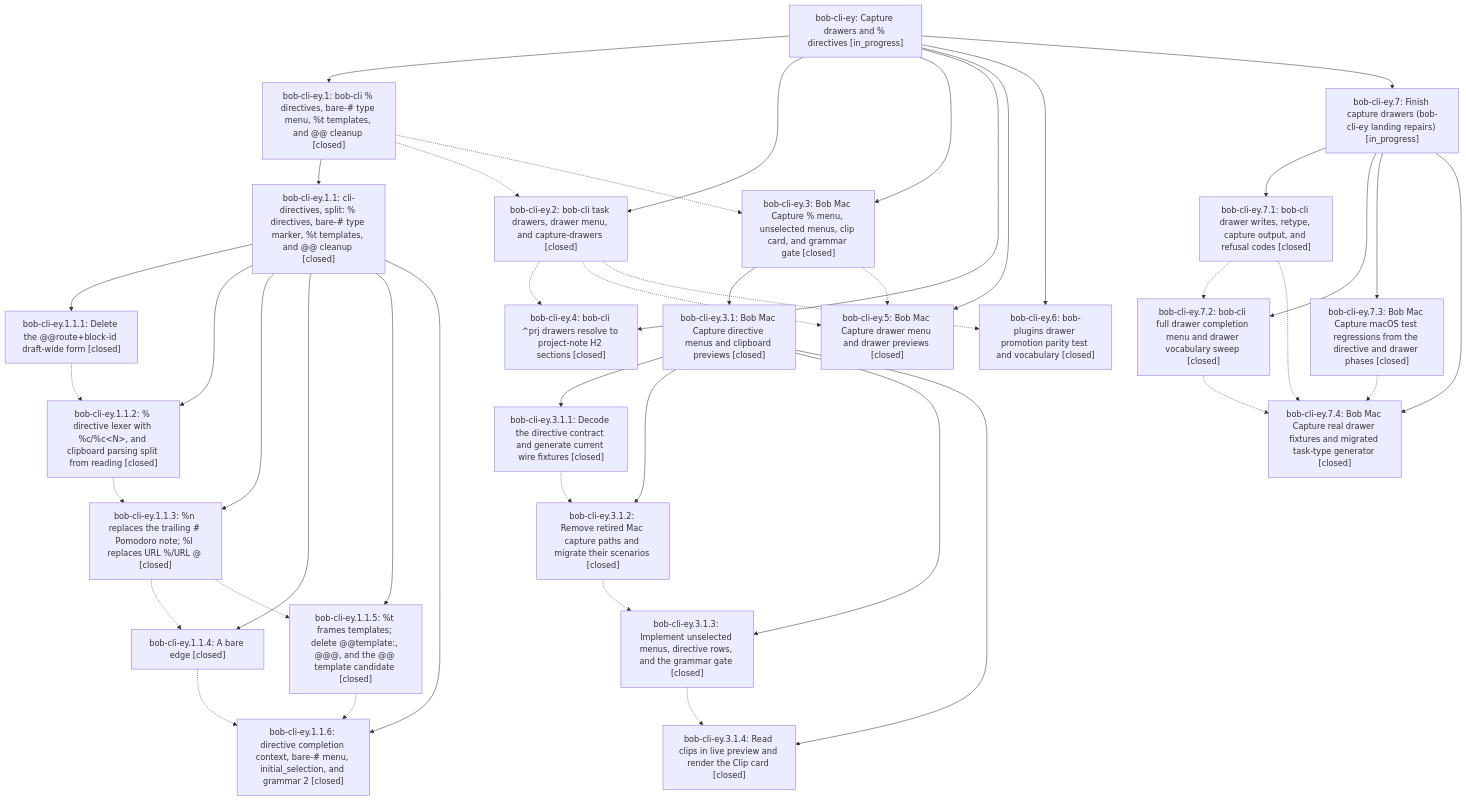
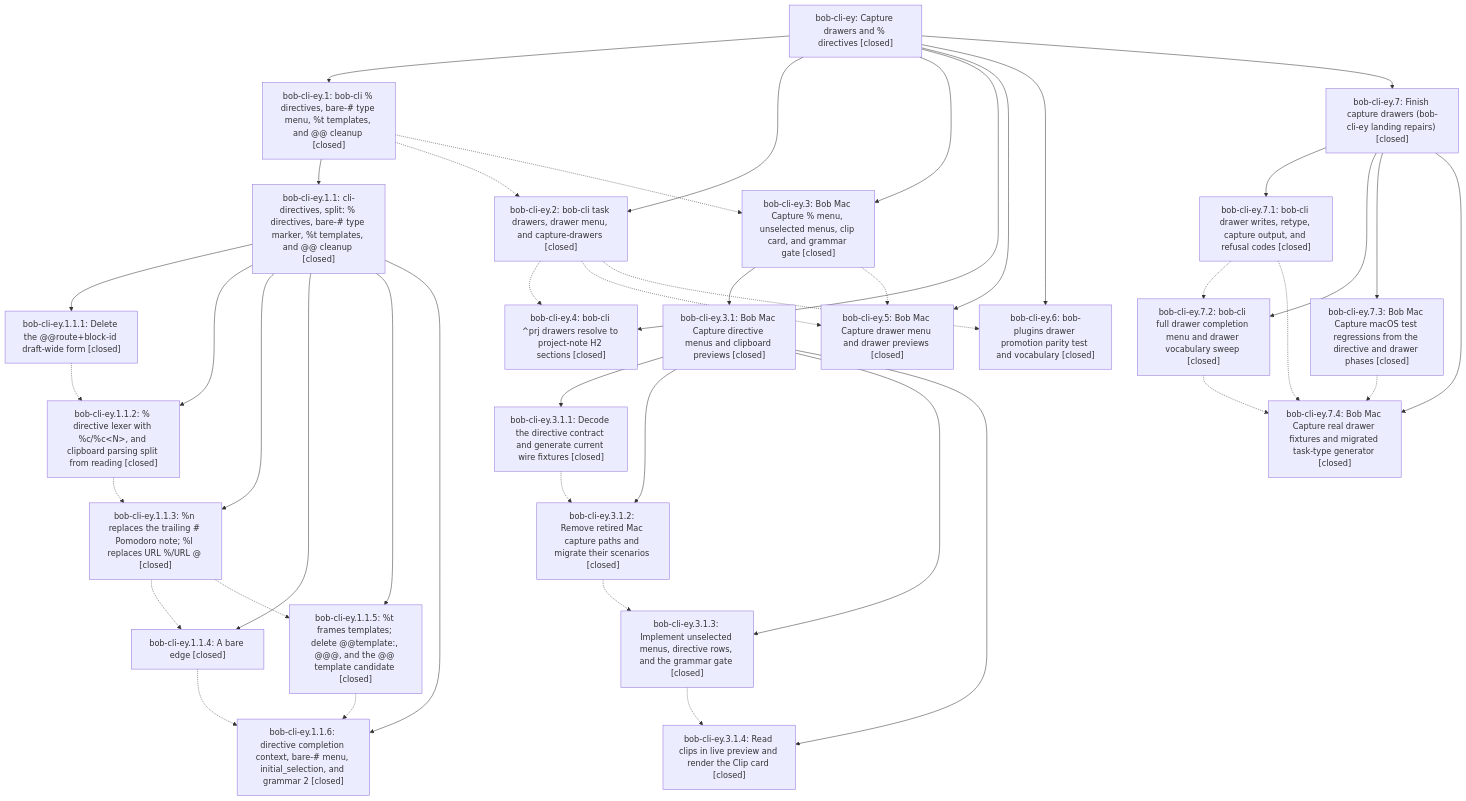
Before and after one commit to bobs-org/bob-cli--beads: the diagram in pages/bob-cli-ey/README.md, drawn with Mermaid. The commit also changed other lines of this file and 3 other files, not shown here.

First line of the commit message:
chore(beads): sync bead state and pages for bob-cli-ey

````diff
--- a/pages/bob-cli-ey/README.md
+++ b/pages/bob-cli-ey/README.md
@@ -47,69 +49,69 @@
 ```mermaid
 flowchart TD
-    n0["bob-cli-ey: Capture drawers and % directives [in_progress]"]
+    n0["bob-cli-ey: Capture drawers and % directives [closed]"]
     n1["bob-cli-ey.1: bob-cli % directives, bare-# type menu, %t templates, and @@ cleanup [closed]"]
     n2["bob-cli-ey.1.1: cli-directives, split: % directives, bare-# type marker, %t templates, and @@ cleanup [closed]"]
     n3["bob-cli-ey.1.1.1: Delete the @@route+block-id draft-wide form [closed]"]
     n4["bob-cli-ey.1.1.2: % directive lexer with %c/%c&lt;N&gt;, and clipboard parsing split from reading [closed]"]
     n5["bob-cli-ey.1.1.3: %n replaces the trailing # Pomodoro note; %l replaces URL %/URL @ [closed]"]
     n6["bob-cli-ey.1.1.4: A bare edge [closed]"]
     n7["bob-cli-ey.1.1.5: %t frames templates; delete @@template:, @@@, and the @@ template candidate [closed]"]
     n8["bob-cli-ey.1.1.6: directive completion context, bare-# menu, initial_selection, and grammar 2 [closed]"]
     n9["bob-cli-ey.2: bob-cli task drawers, drawer menu, and capture-drawers [closed]"]
     n10["bob-cli-ey.3: Bob Mac Capture % menu, unselected menus, clip card, and grammar gate [closed]"]
     n11["bob-cli-ey.3.1: Bob Mac Capture directive menus and clipboard previews [closed]"]
     n12["bob-cli-ey.3.1.1: Decode the directive contract and generate current wire fixtures [closed]"]
     n13["bob-cli-ey.3.1.2: Remove retired Mac capture paths and migrate their scenarios [closed]"]
     n14["bob-cli-ey.3.1.3: Implement unselected menus, directive rows, and the grammar gate [closed]"]
     n15["bob-cli-ey.3.1.4: Read clips in live preview and render the Clip card [closed]"]
     n16["bob-cli-ey.4: bob-cli ^prj drawers resolve to project-note H2 sections [closed]"]
     n17["bob-cli-ey.5: Bob Mac Capture drawer menu and drawer previews [closed]"]
     n18["bob-cli-ey.6: bob-plugins drawer promotion parity test and vocabulary [closed]"]
-    n19["bob-cli-ey.7: Finish capture drawers (bob-cli-ey landing repairs) [in_progress]"]
+    n19["bob-cli-ey.7: Finish capture drawers (bob-cli-ey landing repairs) [closed]"]
     n20["bob-cli-ey.7.1: bob-cli drawer writes, retype, capture output, and refusal codes [closed]"]
     n21["bob-cli-ey.7.2: bob-cli full drawer completion menu and drawer vocabulary sweep [closed]"]
     n22["bob-cli-ey.7.3: Bob Mac Capture macOS test regressions from the directive and drawer phases [closed]"]
     n23["bob-cli-ey.7.4: Bob Mac Capture real drawer fixtures and migrated task-type generator [closed]"]
     n0 --> n1
     n1 --> n2
     n2 --> n3
     n2 --> n4
     n2 --> n5
     n2 --> n6
     n2 --> n7
     n2 --> n8
     n0 --> n9
     n0 --> n10
     n10 --> n11
     n11 --> n12
     n11 --> n13
     n11 --> n14
     n11 --> n15
     n0 --> n16
     n0 --> n17
     n0 --> n18
     n0 --> n19
     n19 --> n20
     n19 --> n21
     n19 --> n22
     n19 --> n23
     n1 -.-> n9
     n1 -.-> n10
     n3 -.-> n4
     n4 -.-> n5
     n5 -.-> n6
     n5 -.-> n7
     n6 -.-> n8
     n7 -.-> n8
     n9 -.-> n16
     n9 -.-> n17
     n9 -.-> n18
     n10 -.-> n17
     n12 -.-> n13
     n13 -.-> n14
     n14 -.-> n15
     n20 -.-> n21
     n20 -.-> n23
     n21 -.-> n23
     n22 -.-> n23
 ```
````
